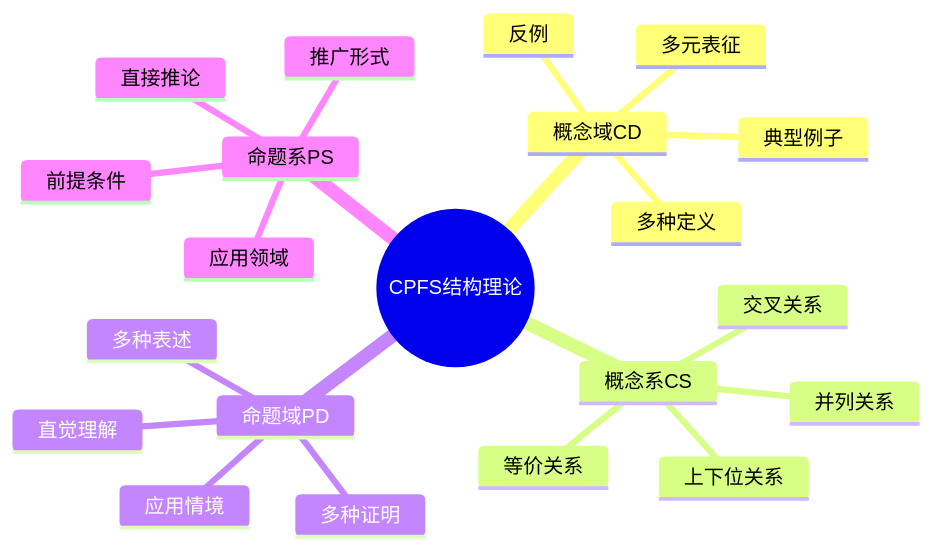
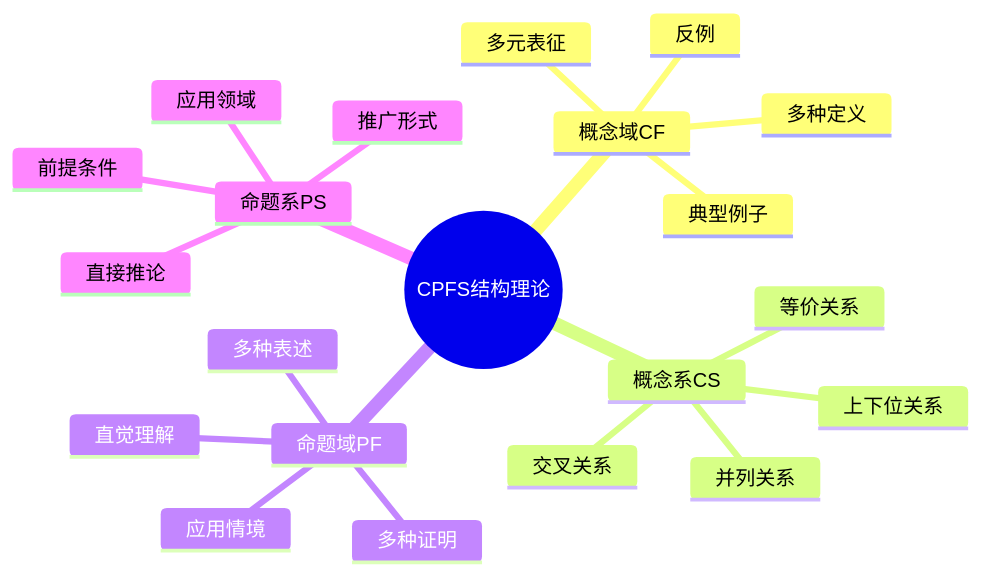
The first of 2 diagrams in research/01-数学认知/认知过程/01-CPFS结构理论.md (AdaMartin18010/FormalMath), drawn with Mermaid before and after one commit. The commit also changed other lines of this file and 121 other files, not shown here.

````diff
--- a/research/01-数学认知/认知过程/01-CPFS结构理论.md
+++ b/research/01-数学认知/认知过程/01-CPFS结构理论.md
@@ -691,24 +747,24 @@
 ```mermaid
 mindmap
   root((CPFS结构理论))
-    概念域CD
+    概念域CF
       多种定义
       多元表征
       典型例子
       反例
     概念系CS
       上下位关系
       并列关系
       交叉关系
       等价关系
-    命题域PD
+    命题域PF
       多种表述
       多种证明
       直觉理解
       应用情境
     命题系PS
       前提条件
       直接推论
       推广形式
       应用领域
 ```
````
